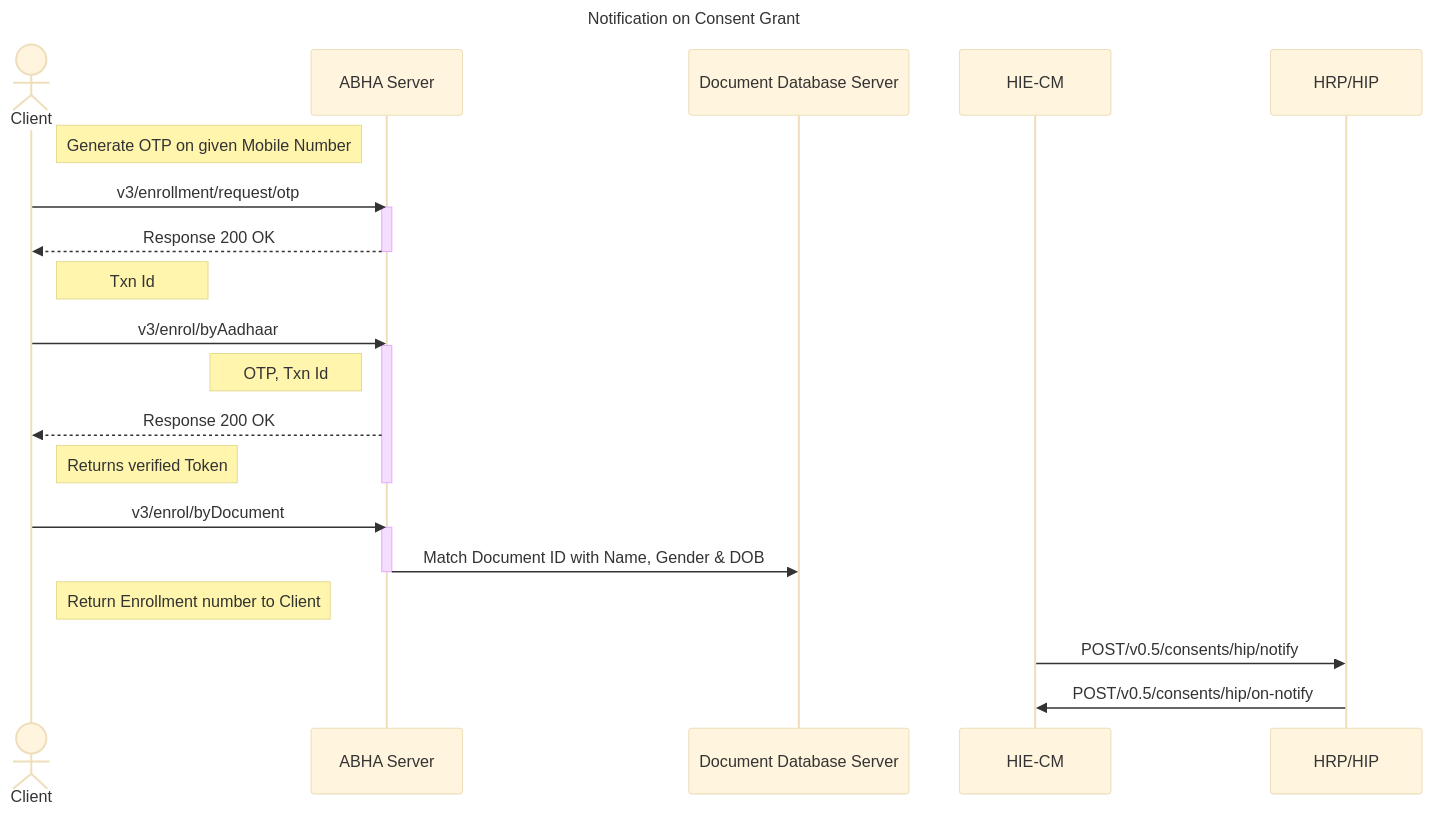
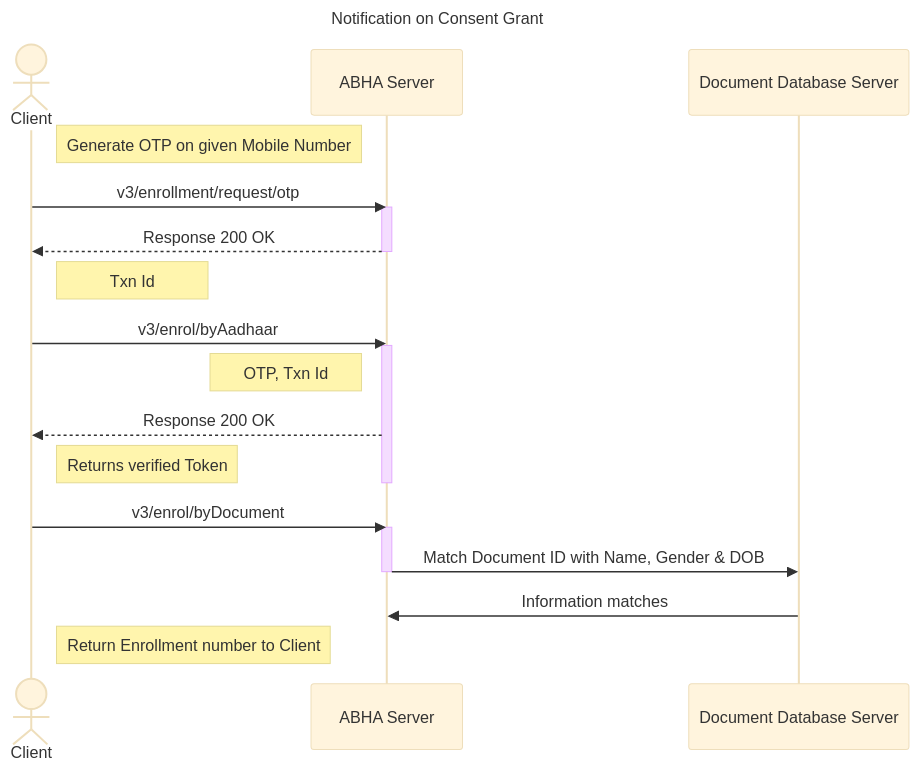
One commit to kiranma72/abdm-docs changed the diagram in content/2-milestone1/abha-number/TEST-driving-license.md. Above: the diagram before and after it, drawn with Mermaid (base theme).

Commit message:
test commit 12 remove extra code edit new code

```diff
--- a/content/2-milestone1/abha-number/TEST-driving-license.md
+++ b/content/2-milestone1/abha-number/TEST-driving-license.md
@@ -84,24 +84,23 @@
 {{< mermaid >}}
 sequenceDiagram
 title Notification on Consent Grant
 actor Client
 Note right of Client: Generate OTP on given Mobile Number
 Client->>ABHA Server:v3/enrollment/request/otp
 activate ABHA Server
 ABHA Server-->> Client: Response 200 OK
 deactivate ABHA Server
 Note right of Client: Txn Id
 Client->>ABHA Server:v3/enrol/byAadhaar
 activate ABHA Server
 Note left of ABHA Server: OTP, Txn Id
 ABHA Server-->> Client: Response 200 OK
 Note right of Client: Returns verified Token
 deactivate ABHA Server
 Client->>ABHA Server:v3/enrol/byDocument
 activate ABHA Server
 ABHA Server->> Document Database Server: Match Document ID with Name, Gender & DOB
 deactivate ABHA Server
+Document Database Server->>ABHA Server:Information matches
 Note right of Client: Return Enrollment number to Client
-HIE-CM->>HRP/HIP: POST/v0.5/consents/hip/notify
-HRP/HIP->>HIE-CM: POST/v0.5/consents/hip/on-notify
 {{< /mermaid >}}
```
